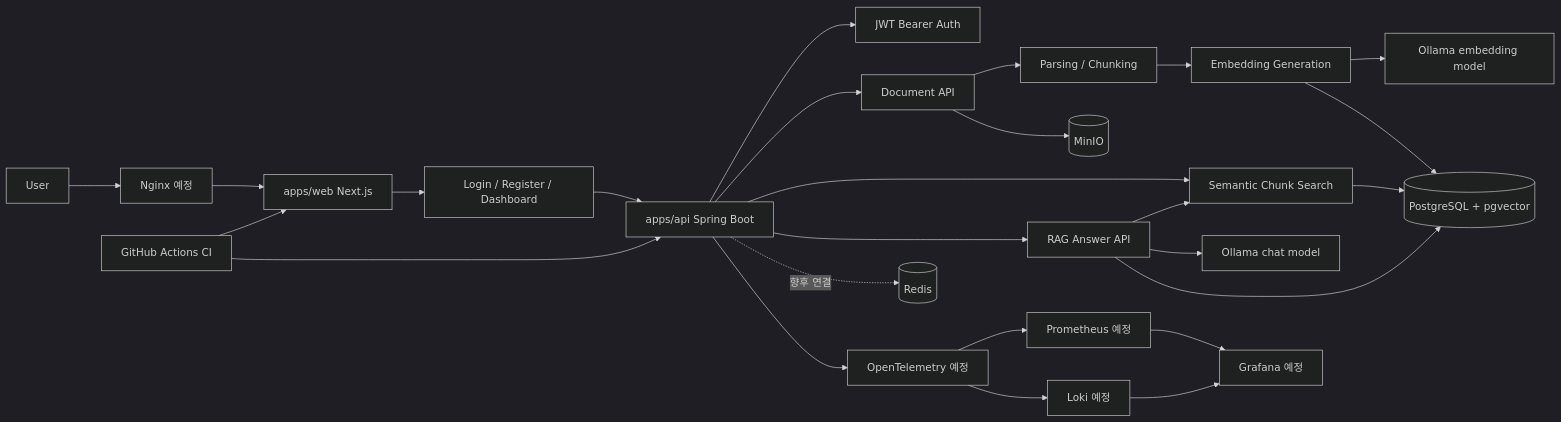
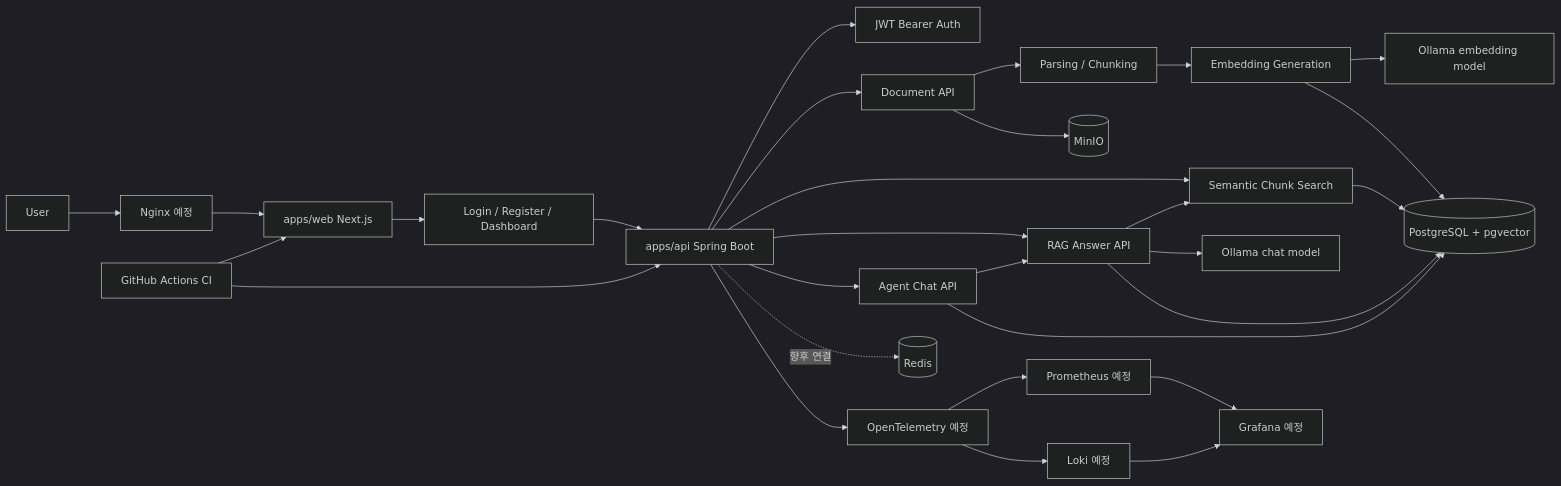
Before and after one commit to jhjung3072/assistops-free: the diagram in docs/architecture.md, drawn with Mermaid (dark theme). The commit also changed other lines of this file and 32 other files, not shown here.

Commit message:
기능: Agent Chat 세션형 UI 추가

````diff
--- a/docs/architecture.md
+++ b/docs/architecture.md
@@ -27,28 +29,31 @@
 ```mermaid
 flowchart LR
   user[User] --> nginx[Nginx 예정]
   nginx --> web[apps/web Next.js]
   web --> authUi[Login / Register / Dashboard]
   authUi --> api[apps/api Spring Boot]
   api --> auth[JWT Bearer Auth]
   api --> documents[Document API]
   documents --> parsing[Parsing / Chunking]
   parsing --> embedding[Embedding Generation]
   embedding --> ollama[Ollama embedding model]
   embedding --> postgres[(PostgreSQL + pgvector)]
   api --> search[Semantic Chunk Search]
   search --> postgres
   api --> rag[RAG Answer API]
   rag --> search
   rag --> ollamaChat[Ollama chat model]
   rag --> postgres
+  api --> agent[Agent Chat API]
+  agent --> rag
+  agent --> postgres
   documents --> minio[(MinIO)]
   api -. 향후 연결 .-> redis[(Redis)]
   api --> otel[OpenTelemetry 예정]
   otel --> prometheus[Prometheus 예정]
   otel --> loki[Loki 예정]
   prometheus --> grafana[Grafana 예정]
   loki --> grafana
   github[GitHub Actions CI] --> web
   github --> api
 ```
````
